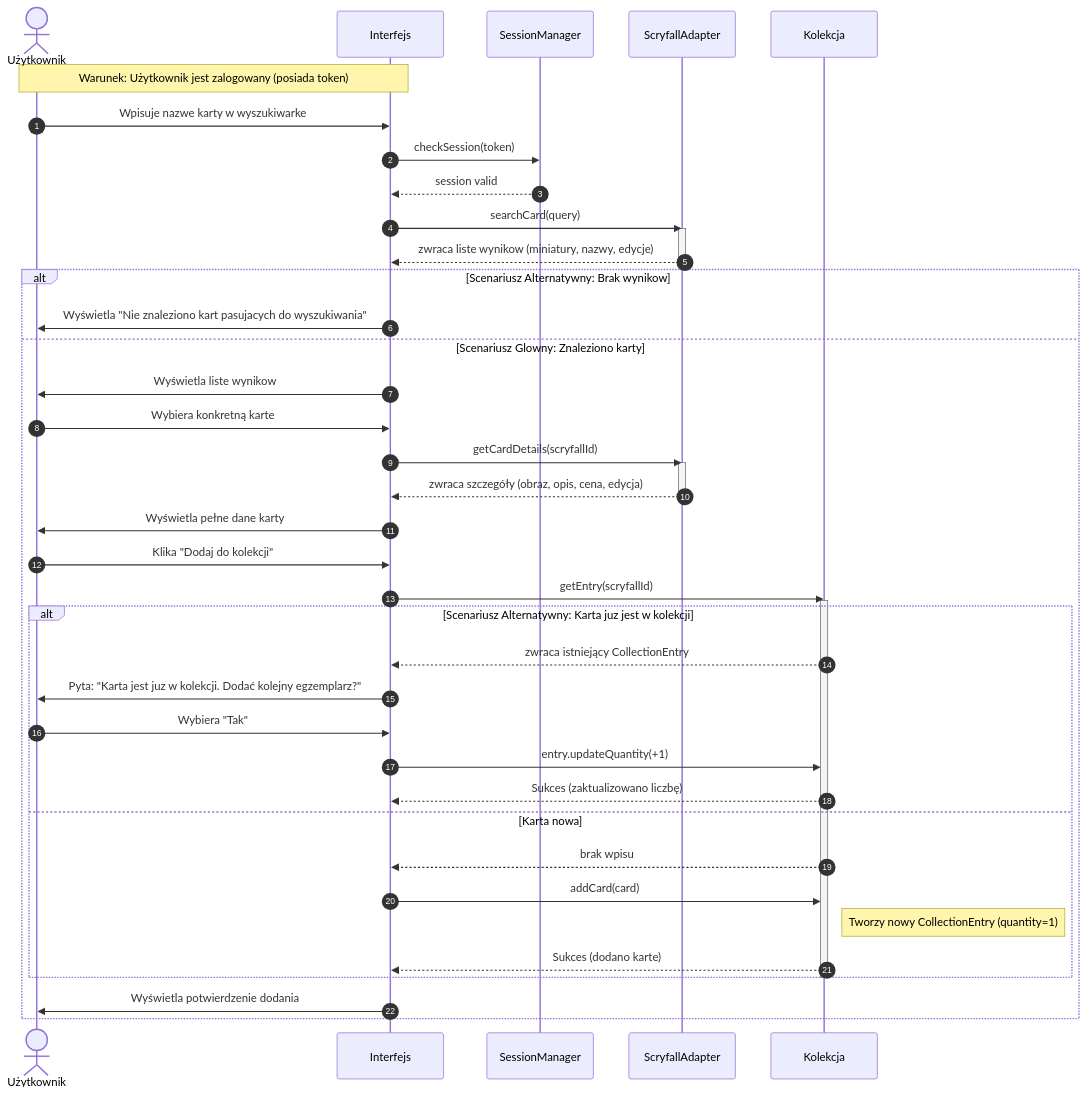
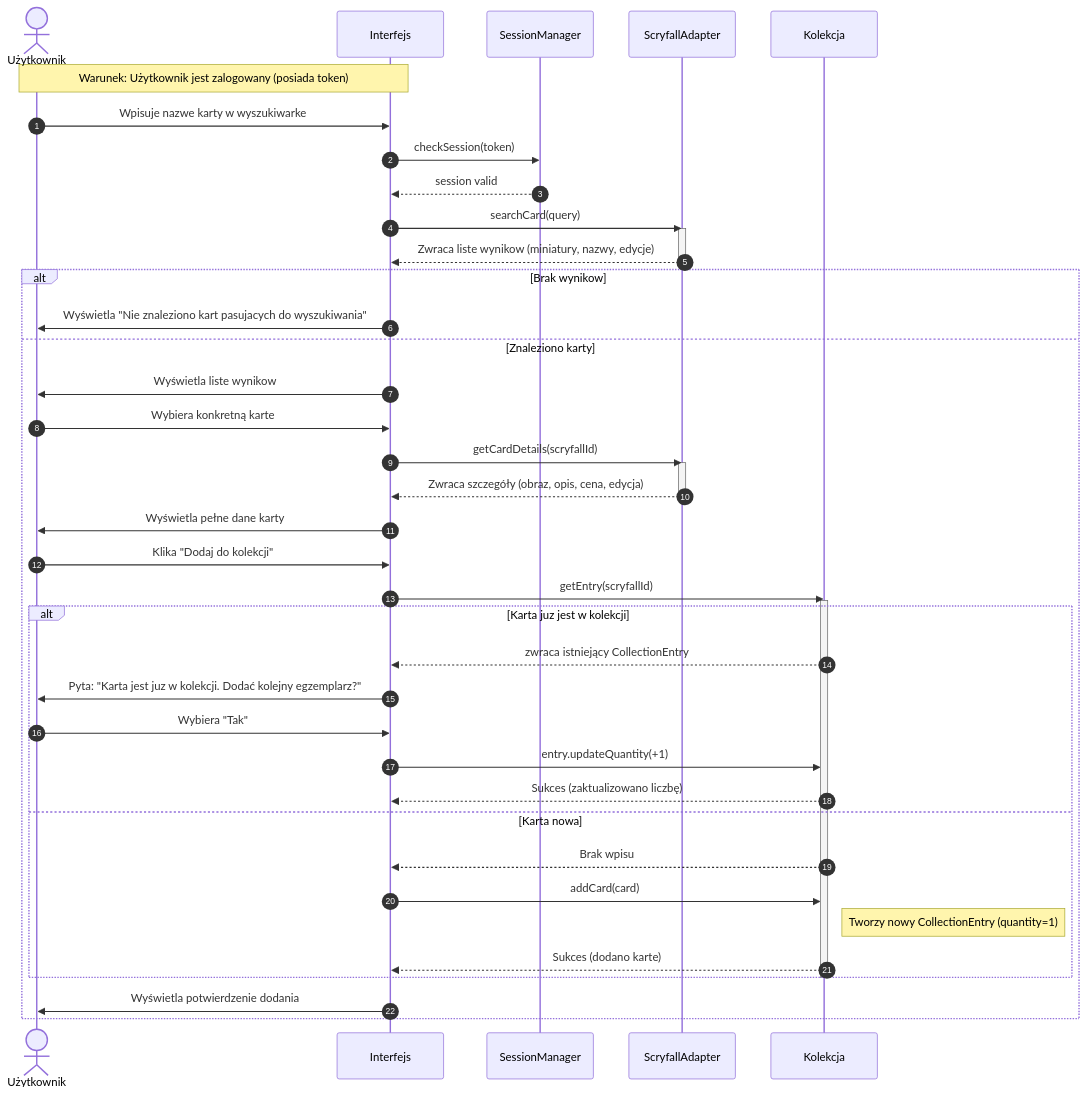
One commit to IO-2026-Pryncypalki/Grimoire_MTG changed the second of 7 diagrams in work_in_progress/diagramSekwencji.md. Above: the diagram before and after it, drawn with Mermaid. The commit also changed other lines of this file and 1 other file, not shown here.

Commit message:
Spójny_opis_sesji_oraz_todo

````diff
--- a/work_in_progress/diagramSekwencji.md
+++ b/work_in_progress/diagramSekwencji.md
@@ -50,55 +50,55 @@
 ```mermaid
 sequenceDiagram
     autonumber
     actor U as Użytkownik
     participant UI as Interfejs
     participant SM as SessionManager
     participant SA as ScryfallAdapter
     participant COL as Kolekcja
 
     Note over U, UI: Warunek: Użytkownik jest zalogowany (posiada token)
 
     U->>UI: Wpisuje nazwe karty w wyszukiwarke
     UI->>SM: checkSession(token)
     SM-->>UI: session valid
 
     UI->>SA: searchCard(query)
     activate SA
-    SA-->>UI: zwraca liste wynikow (miniatury, nazwy, edycje)
+    SA-->>UI: Zwraca liste wynikow (miniatury, nazwy, edycje)
     deactivate SA
 
-    alt Scenariusz Alternatywny: Brak wynikow
+    alt  Brak wynikow
         UI->>U: Wyświetla "Nie znaleziono kart pasujacych do wyszukiwania"
-    else Scenariusz Glowny: Znaleziono karty
+    else Znaleziono karty
         UI->>U: Wyświetla liste wynikow
         U->>UI: Wybiera konkretną karte
 
         UI->>SA: getCardDetails(scryfallId)
         activate SA
-        SA-->>UI: zwraca szczegóły (obraz, opis, cena, edycja)
+        SA-->>UI: Zwraca szczegóły (obraz, opis, cena, edycja)
         deactivate SA
 
         UI->>U: Wyświetla pełne dane karty
 
         U->>UI: Klika "Dodaj do kolekcji"
 
         UI->>COL: getEntry(scryfallId)
         activate COL
 
-        alt Scenariusz Alternatywny: Karta juz jest w kolekcji
+        alt  Karta juz jest w kolekcji
             COL-->>UI: zwraca istniejący CollectionEntry
             UI->>U: Pyta: "Karta jest juz w kolekcji. Dodać kolejny egzemplarz?"
             U->>UI: Wybiera "Tak"
             UI->>COL: entry.updateQuantity(+1)
             COL-->>UI: Sukces (zaktualizowano liczbę)
         else Karta nowa
-            COL-->>UI: brak wpisu
+            COL-->>UI: Brak wpisu
             UI->>COL: addCard(card)
             Note right of COL: Tworzy nowy CollectionEntry (quantity=1)
             COL-->>UI: Sukces (dodano karte)
         end
         deactivate COL
 
         UI->>U: Wyświetla potwierdzenie dodania
     end
 ```
````
